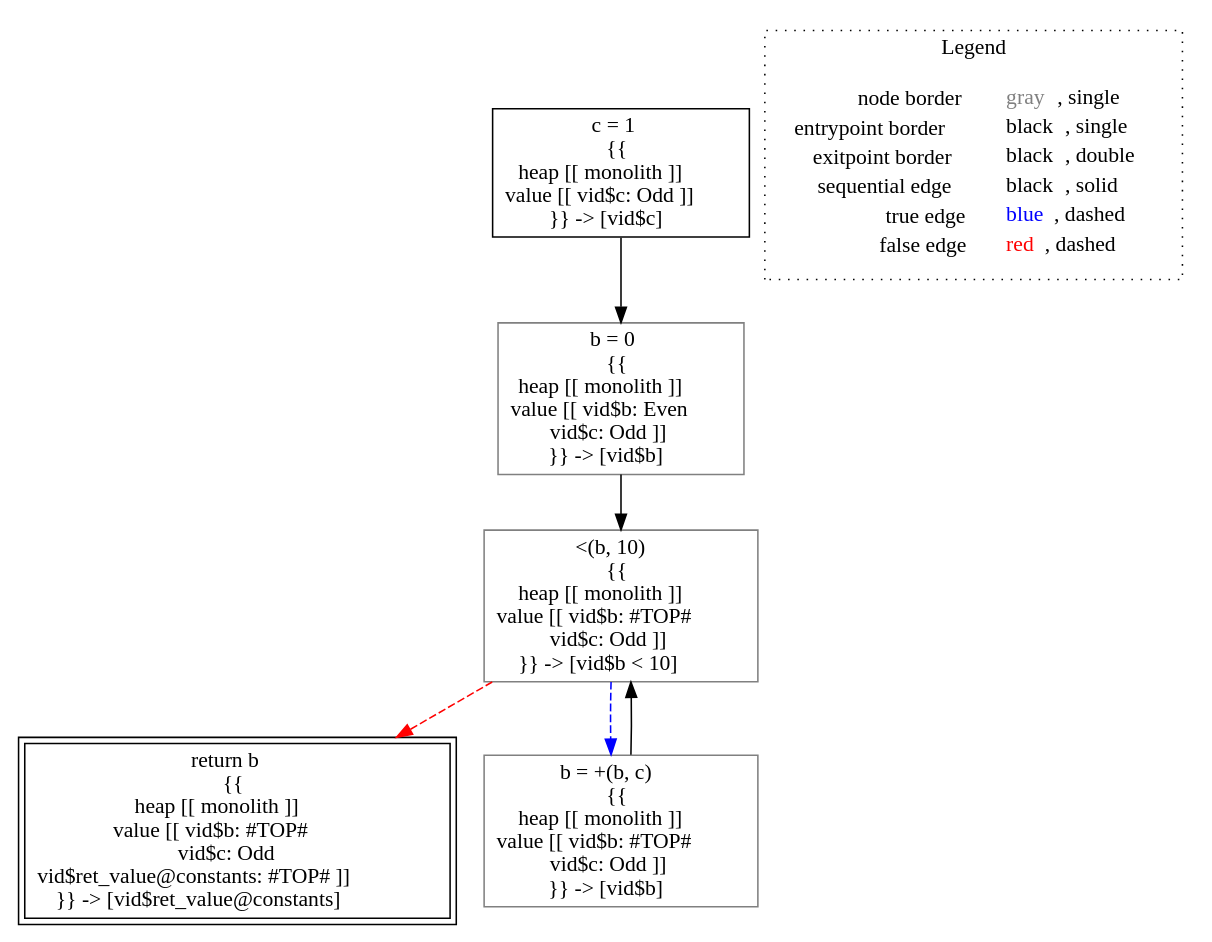
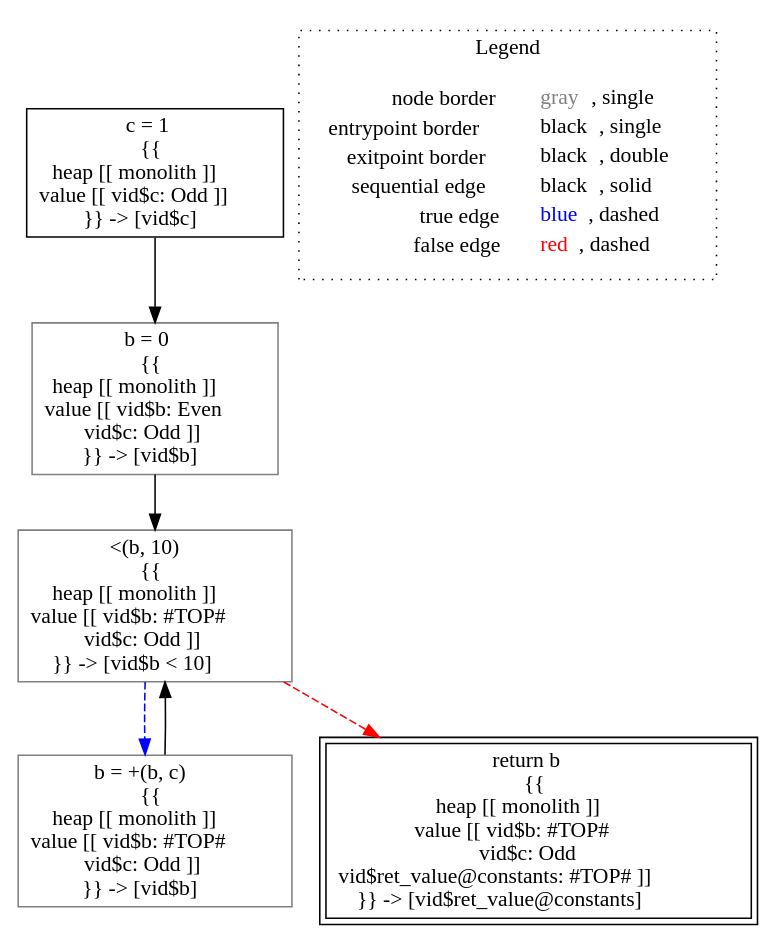
The diagram in lisa/imp-testcases/parity/analysis___untyped_tutorial.constants().dot (lisa-analyzer/lisa), drawn with Graphviz before and after one commit. The commit also changed 29 other files, not shown here.

```diff
--- a/lisa/imp-testcases/parity/analysis___untyped_tutorial.constants().dot
+++ b/lisa/imp-testcases/parity/analysis___untyped_tutorial.constants().dot
@@ -1,19 +1,19 @@
 digraph {
 	"node0" [shape="rect",color="black",label=<c = 1<BR/>{{<BR/>heap [[ monolith ]]<BR/>value [[ vid$c: Odd ]]<BR/>}} -&gt; [vid$c]>];
-	"node1" [shape="rect",color="black",peripheries="2",label=<return b<BR/>{{<BR/>heap [[ monolith ]]<BR/>value [[ vid$b: #TOP#<BR/>vid$c: Odd<BR/>vid$ret_value@constants: #TOP# ]]<BR/>}} -&gt; [vid$ret_value@constants]>];
-	"node2" [shape="rect",color="gray",label=<&lt;(b, 10)<BR/>{{<BR/>heap [[ monolith ]]<BR/>value [[ vid$b: #TOP#<BR/>vid$c: Odd ]]<BR/>}} -&gt; [vid$b &lt; 10]>];
-	"node3" [shape="rect",color="gray",label=<b = 0<BR/>{{<BR/>heap [[ monolith ]]<BR/>value [[ vid$b: Even<BR/>vid$c: Odd ]]<BR/>}} -&gt; [vid$b]>];
-	"node4" [shape="rect",color="gray",label=<b = +(b, c)<BR/>{{<BR/>heap [[ monolith ]]<BR/>value [[ vid$b: #TOP#<BR/>vid$c: Odd ]]<BR/>}} -&gt; [vid$b]>];
-	"node2" -> "node1" [color="red",style="dashed"];
-	"node2" -> "node4" [color="blue",style="dashed"];
-	"node3" -> "node2" [color="black"];
-	"node0" -> "node3" [color="black"];
-	"node4" -> "node2" [color="black"];
+	"node1" [shape="rect",color="gray",label=<&lt;(b, 10)<BR/>{{<BR/>heap [[ monolith ]]<BR/>value [[ vid$b: #TOP#<BR/>vid$c: Odd ]]<BR/>}} -&gt; [vid$b &lt; 10]>];
+	"node2" [shape="rect",color="gray",label=<b = 0<BR/>{{<BR/>heap [[ monolith ]]<BR/>value [[ vid$b: Even<BR/>vid$c: Odd ]]<BR/>}} -&gt; [vid$b]>];
+	"node3" [shape="rect",color="gray",label=<b = +(b, c)<BR/>{{<BR/>heap [[ monolith ]]<BR/>value [[ vid$b: #TOP#<BR/>vid$c: Odd ]]<BR/>}} -&gt; [vid$b]>];
+	"node4" [shape="rect",color="black",peripheries="2",label=<return b<BR/>{{<BR/>heap [[ monolith ]]<BR/>value [[ vid$b: #TOP#<BR/>vid$c: Odd<BR/>vid$ret_value@constants: #TOP# ]]<BR/>}} -&gt; [vid$ret_value@constants]>];
+	"node1" -> "node3" [color="blue",style="dashed"];
+	"node1" -> "node4" [color="red",style="dashed"];
+	"node2" -> "node1" [color="black"];
+	"node3" -> "node1" [color="black"];
+	"node0" -> "node2" [color="black"];
 subgraph cluster_legend {
 	label="Legend";
 	style=dotted;
 	node [shape=plaintext];
 	"legend" [label=<<table border="0" cellpadding="2" cellspacing="0" cellborder="0"><tr><td align="right">node border&nbsp;</td><td align="left"><font color="gray">gray</font>, single</td></tr><tr><td align="right">entrypoint border&nbsp;</td><td align="left"><font color="black">black</font>, single</td></tr><tr><td align="right">exitpoint border&nbsp;</td><td align="left"><font color="black">black</font>, double</td></tr><tr><td align="right">sequential edge&nbsp;</td><td align="left"><font color="black">black</font>, solid</td></tr><tr><td align="right">true edge&nbsp;</td><td align="left"><font color="blue">blue</font>, dashed</td></tr><tr><td align="right">false edge&nbsp;</td><td align="left"><font color="red">red</font>, dashed</td></tr></table>>];
 }
 
 }
```
